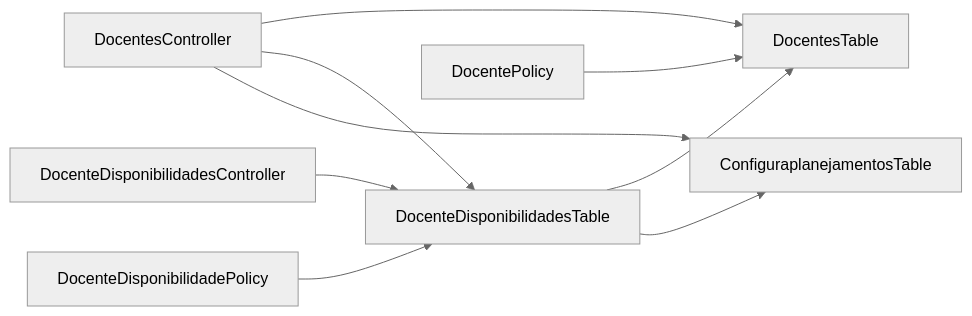
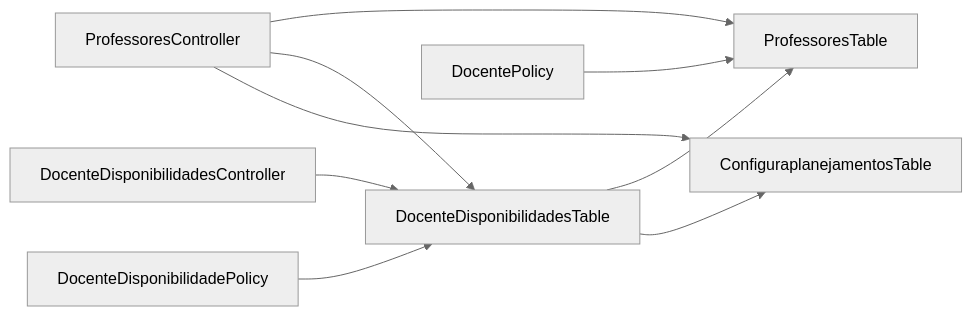
Before and after one commit to luiseduacosta/planejamento5: the ninth of 9 diagrams in .qoder/repowiki/en/content/Project Overview/Core Features Overview/Faculty Management/Faculty Management.md, drawn with Mermaid (neutral theme). The commit also changed other lines of this file and 37 other files, not shown here.

Commit message:
repowiki: rename Docentes → Professores in metadata

````diff
--- a/.qoder/repowiki/en/content/Project Overview/Core Features Overview/Faculty Management/Faculty Management.md
+++ b/.qoder/repowiki/en/content/Project Overview/Core Features Overview/Faculty Management/Faculty Management.md
@@ -474,11 +474,11 @@
 ```mermaid
 graph LR
-DC["DocentesController"] --> DT["DocentesTable"]
+DC["ProfessoresController"] --> DT["ProfessoresTable"]
 DC --> DDT["DocenteDisponibilidadesTable"]
 DC --> CPT["ConfiguraplanejamentosTable"]
 DDC["DocenteDisponibilidadesController"] --> DDT
 DDT --> DT
 DDT --> CPT
 DP["DocentePolicy"] --> DT
 DDP["DocenteDisponibilidadePolicy"] --> DDT
 ```
````
